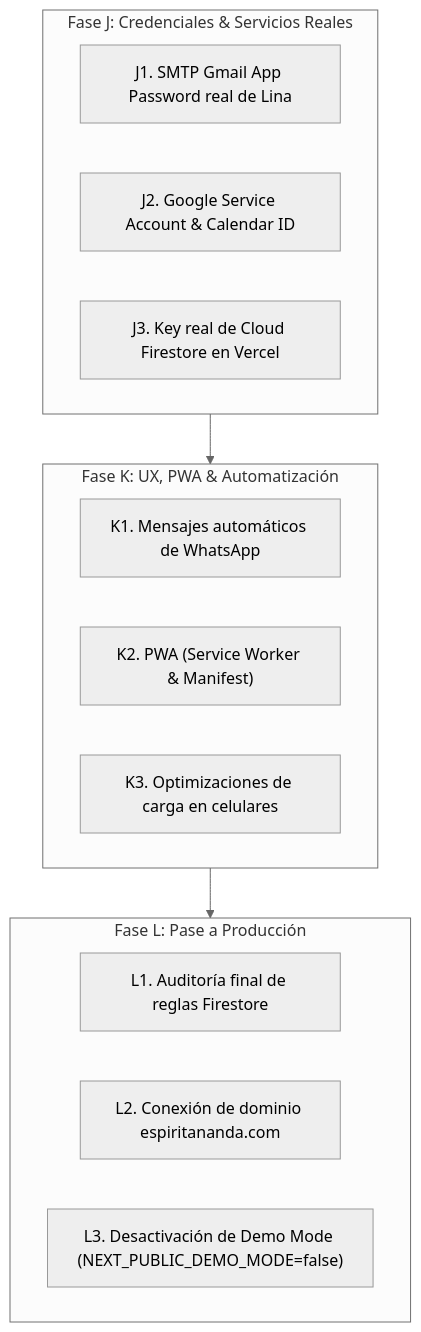
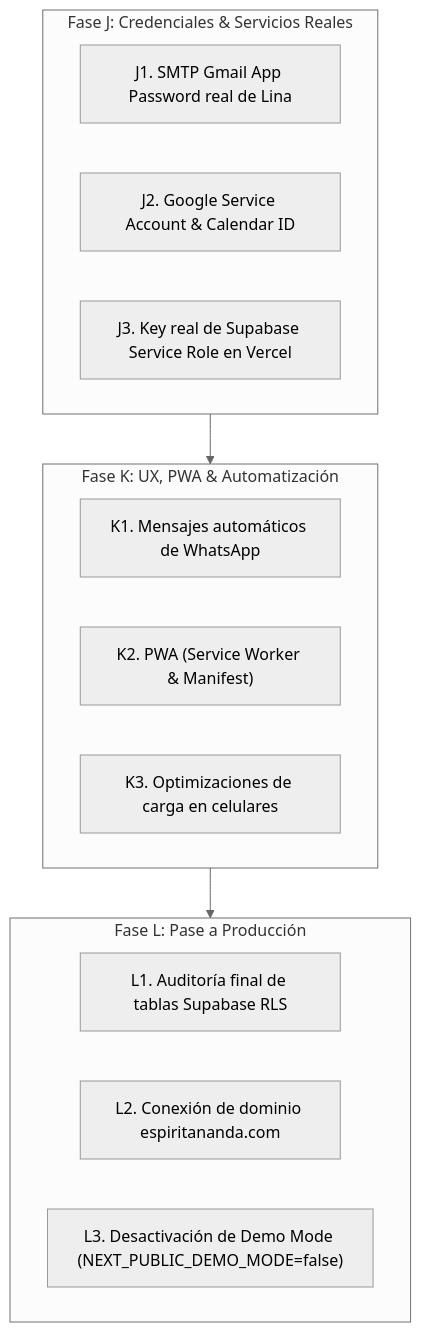
The diagram in AGENTS.md (diegoillers-ux/storebasc), drawn with Mermaid (neutral theme) before and after one commit. The commit also changed other lines of this file and 6 other files, not shown here.

````diff
--- a/AGENTS.md
+++ b/AGENTS.md
@@ -92,22 +92,22 @@
 ```mermaid
 flowchart TD
     subgraph FaseJ ["Fase J: Credenciales & Servicios Reales"]
         J1["J1. SMTP Gmail App Password real de Lina"]
         J2["J2. Google Service Account & Calendar ID"]
-        J3["J3. Key real de Cloud Firestore en Vercel"]
+        J3["J3. Key real de Supabase Service Role en Vercel"]
     end
 
     subgraph FaseK ["Fase K: UX, PWA & Automatización"]
         K1["K1. Mensajes automáticos de WhatsApp"]
         K2["K2. PWA (Service Worker & Manifest)"]
         K3["K3. Optimizaciones de carga en celulares"]
     end
 
     subgraph FaseL ["Fase L: Pase a Producción"]
-        L1["L1. Auditoría final de reglas Firestore"]
+        L1["L1. Auditoría final de tablas Supabase RLS"]
         L2["L2. Conexión de dominio espiritananda.com"]
         L3["L3. Desactivación de Demo Mode (NEXT_PUBLIC_DEMO_MODE=false)"]
     end
 
     FaseJ --> FaseK --> FaseL
 ```
````
